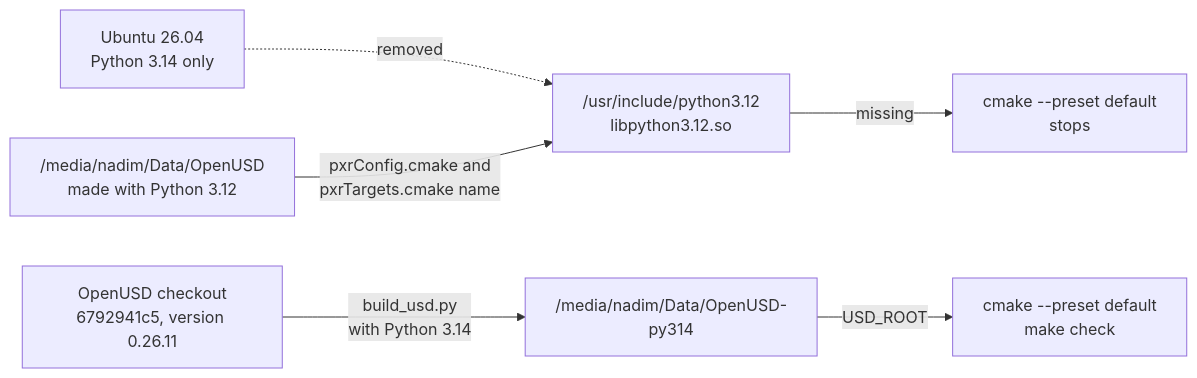
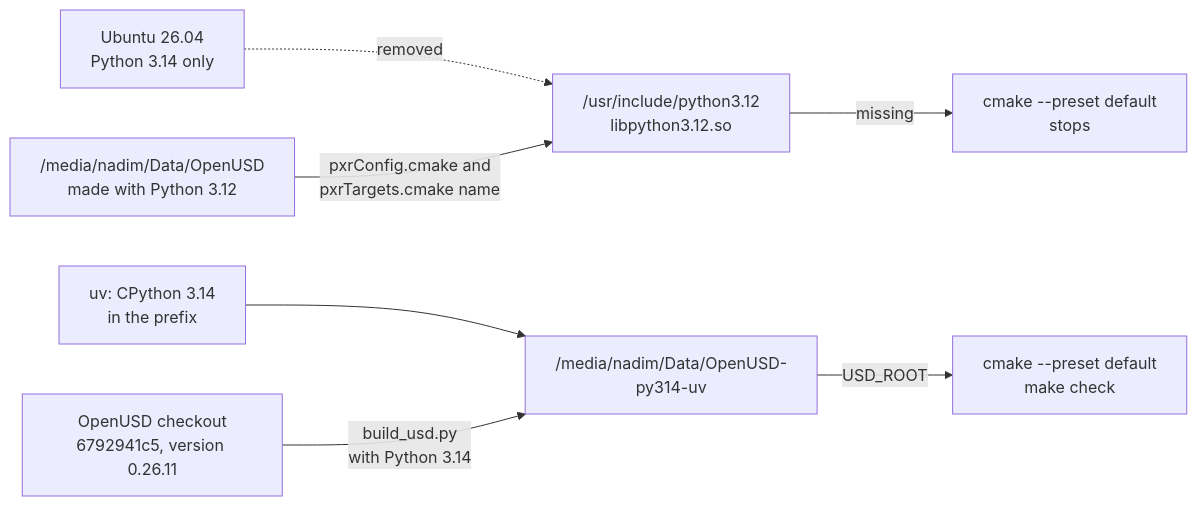
One commit to farhatnadim/openusd-tutorial changed the diagram in plans/objective-1-openusd-python-314.md. Above: the diagram before and after it, drawn with Mermaid. The commit also changed other lines of this file and 2 other files, not shown here.

First line of the commit message:
cmake, README: the lessons find the OpenUSD install made with the uv Python 3.14 first, and the README says how it is made

````diff
--- a/plans/objective-1-openusd-python-314.md
+++ b/plans/objective-1-openusd-python-314.md
@@ -3,8 +3,9 @@
 ```mermaid
 flowchart LR
     OS["Ubuntu 26.04<br/>Python 3.14 only"] -. removed .-> DEV["/usr/include/python3.12<br/>libpython3.12.so"]
     OLD["/media/nadim/Data/OpenUSD<br/>made with Python 3.12"] -->|"pxrConfig.cmake and<br/>pxrTargets.cmake name"| DEV
     DEV -->|missing| FAIL["cmake --preset default<br/>stops"]
-    SRC["OpenUSD checkout<br/>6792941c5, version 0.26.11"] -->|"build_usd.py<br/>with Python 3.14"| NEW["/media/nadim/Data/OpenUSD-py314"]
+    UV["uv: CPython 3.14<br/>in the prefix"] --> NEW
+    SRC["OpenUSD checkout<br/>6792941c5, version 0.26.11"] -->|"build_usd.py<br/>with Python 3.14"| NEW["/media/nadim/Data/OpenUSD-py314-uv"]
     NEW -->|USD_ROOT| OK["cmake --preset default<br/>make check"]
 ```
````
